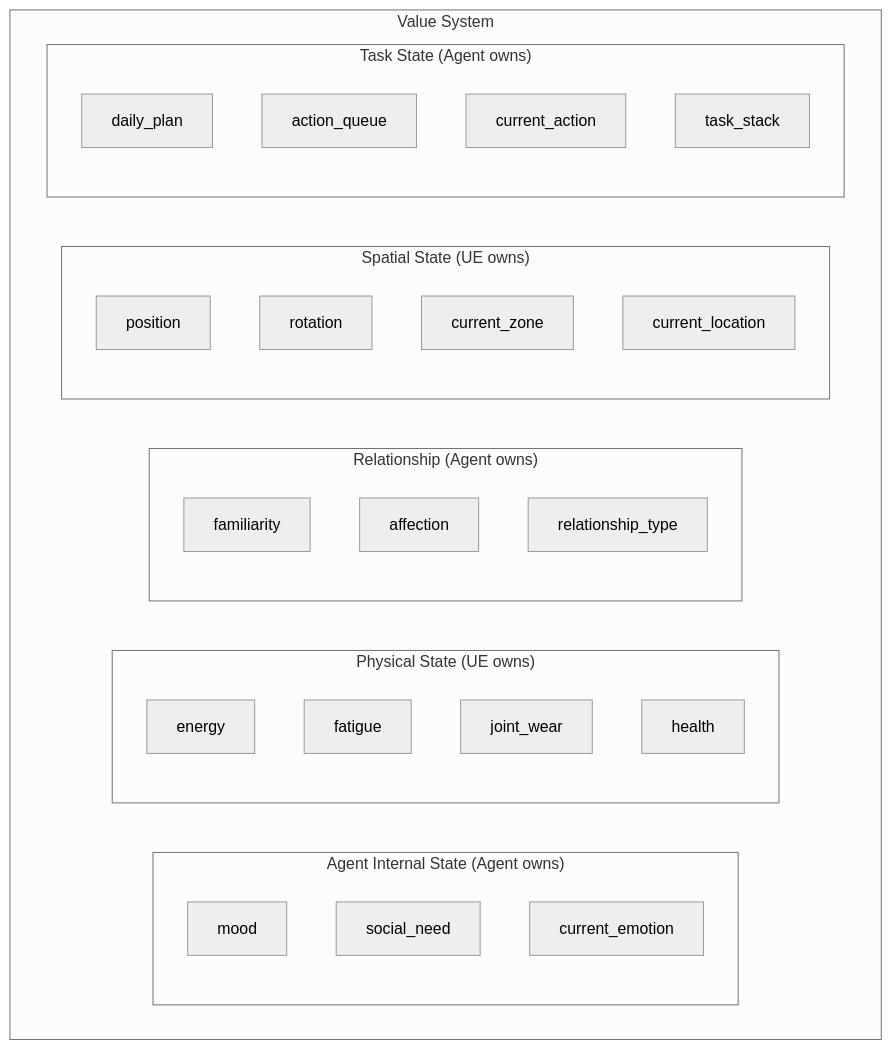
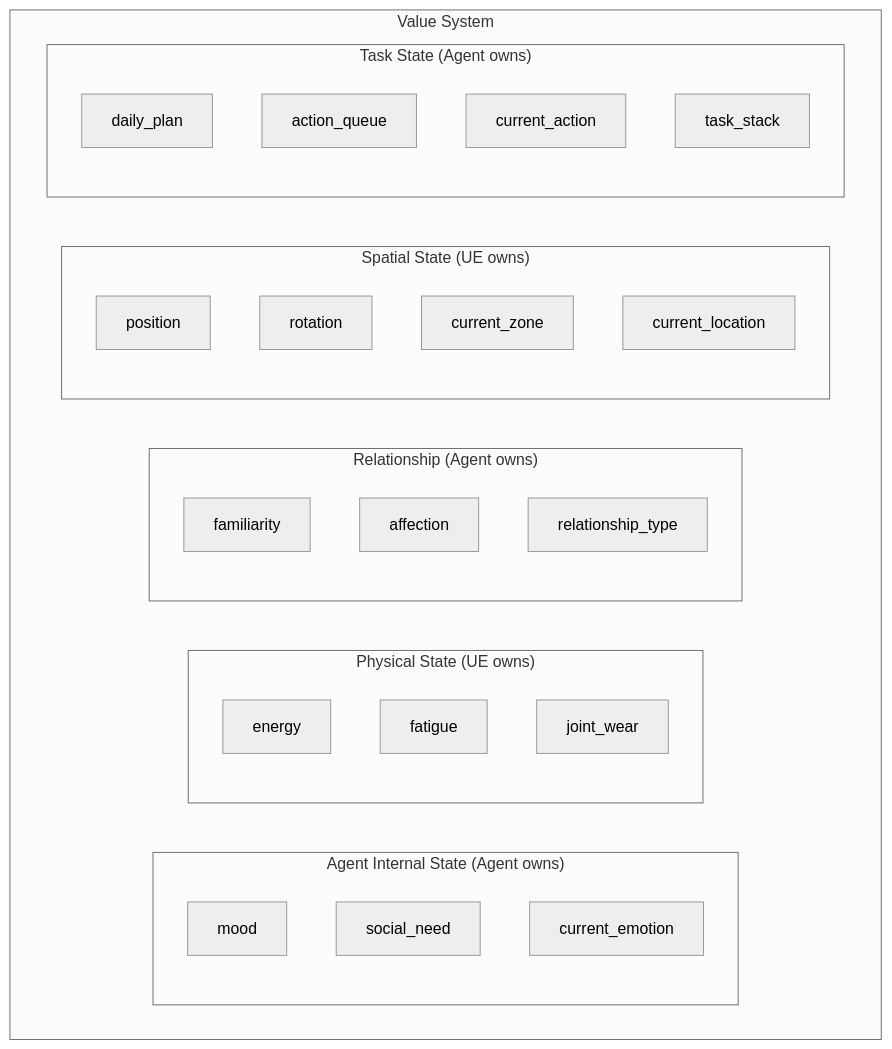
The fourth of 10 diagrams in docs/AgentTown_CommProtocol_Values.md (yitian-chen/SmartNPC), drawn with Mermaid (neutral theme) before and after one commit. The commit also changed other lines of this file and 3 other files, not shown here.

````diff
--- a/docs/AgentTown_CommProtocol_Values.md
+++ b/docs/AgentTown_CommProtocol_Values.md
@@ -1010,37 +1009,36 @@
 ```mermaid
 graph TB
     subgraph Values["Value System"]
         subgraph Internal["Agent Internal State (Agent owns)"]
             I1["mood"]
             I2["social_need"]
             I3["current_emotion"]
         end
 
         subgraph Physical["Physical State (UE owns)"]
             P1["energy"]
             P2["fatigue"]
             P3["joint_wear"]
-            P4["health"]
         end
 
         subgraph Relational["Relationship (Agent owns)"]
             R1["familiarity"]
             R2["affection"]
             R3["relationship_type"]
         end
 
         subgraph Spatial["Spatial State (UE owns)"]
             S1["position"]
             S2["rotation"]
             S3["current_zone"]
             S4["current_location"]
         end
 
         subgraph Task["Task State (Agent owns)"]
             T1["daily_plan"]
             T2["action_queue"]
             T3["current_action"]
             T4["task_stack"]
         end
     end
 ```
````
